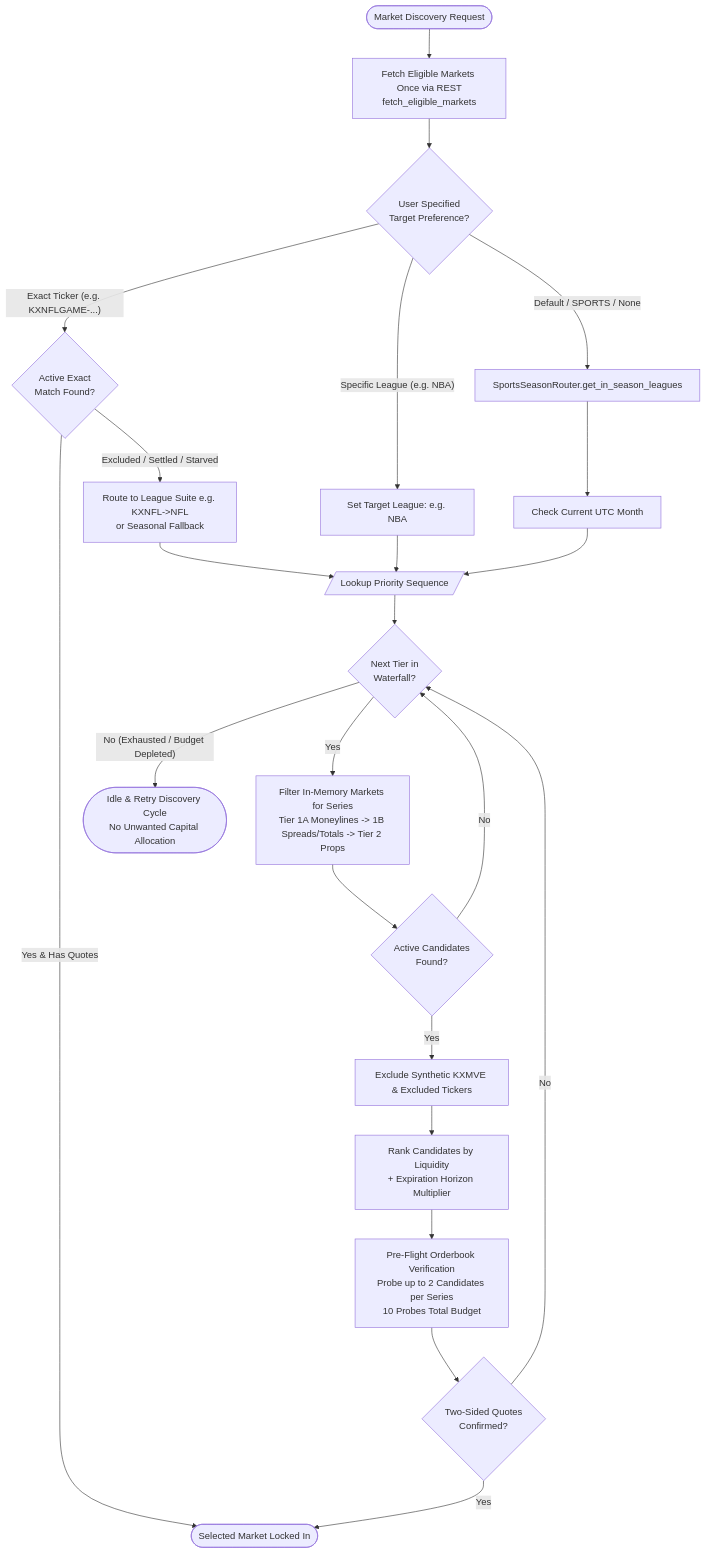
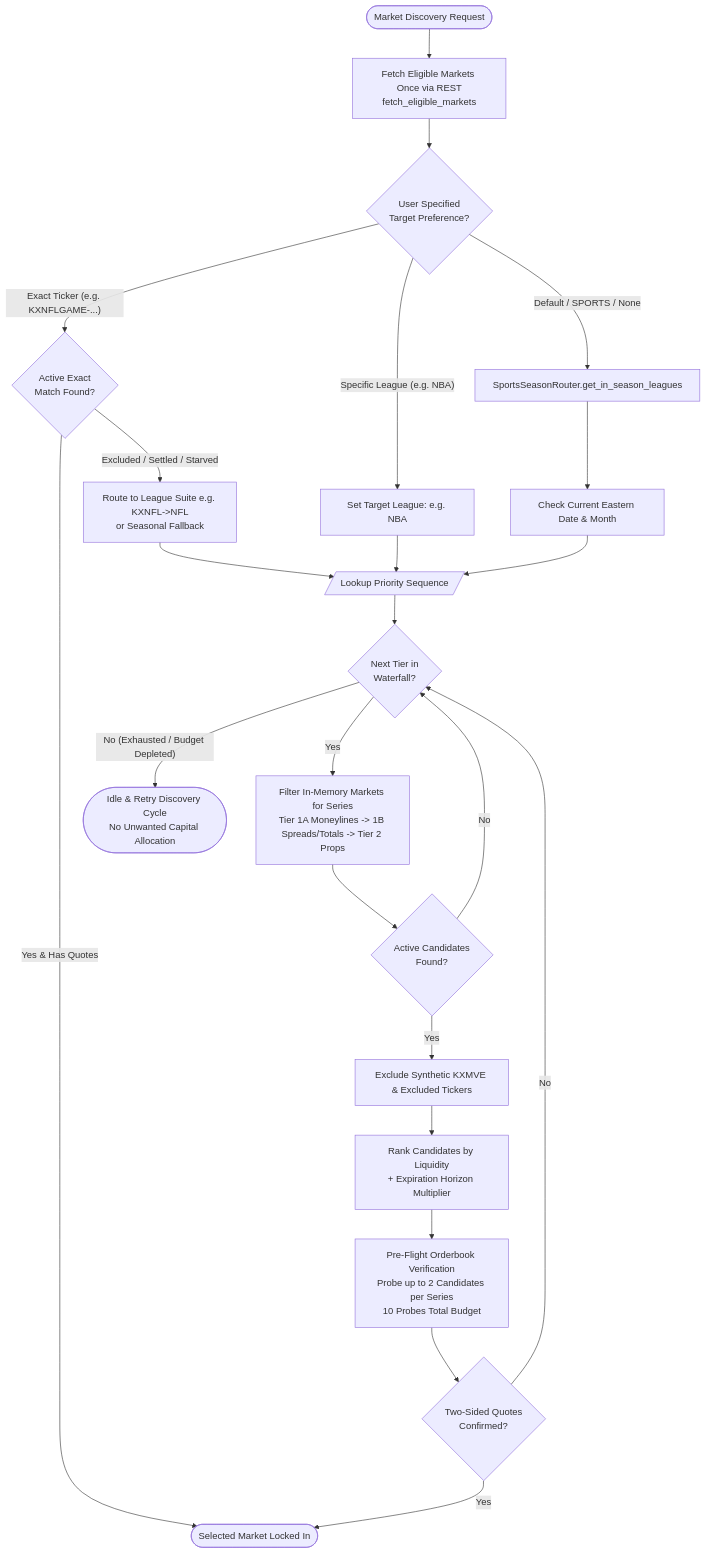
Before and after one commit to kel-reid/Kalshi-Trading-Bot: the diagram in docs/SPORTS_SEASON_ROUTER.md, drawn with Mermaid. The commit also changed other lines of this file and 2 other files, not shown here.

Commit message:
Update sports router docs, timezone handling, and tests

````diff
--- a/docs/SPORTS_SEASON_ROUTER.md
+++ b/docs/SPORTS_SEASON_ROUTER.md
@@ -68,33 +68,33 @@
 ```mermaid
 flowchart TD
     Start([Market Discovery Request]) --> FetchMarkets[Fetch Eligible Markets Once via REST<br>fetch_eligible_markets]
     FetchMarkets --> RouteCheck{User Specified<br>Target Preference?}
 
     RouteCheck -- "Exact Ticker (e.g. KXNFLGAME-...)" --> ExactCheck{Active Exact<br>Match Found?}
     ExactCheck -- "Yes & Has Quotes" --> SelectedMarket([Selected Market Locked In])
     ExactCheck -- "Excluded / Settled / Starved" --> DetectLeague[Route to League Suite e.g. KXNFL->NFL<br>or Seasonal Fallback]
 
     RouteCheck -- "Specific League (e.g. NBA)" --> ManualOverride[Set Target League: e.g. NBA]
     RouteCheck -- "Default / SPORTS / None" --> Router[SportsSeasonRouter.get_in_season_leagues]
 
     DetectLeague --> Matrix[/Lookup Priority Sequence/]
     ManualOverride --> Matrix
-    Router --> CheckDate[Check Current UTC Month]
+    Router --> CheckDate[Check Current Eastern Date & Month]
     CheckDate --> Matrix
 
     Matrix --> NextTier{Next Tier in<br>Waterfall?}
     NextTier -- Yes --> FilterSeries[Filter In-Memory Markets for Series<br>Tier 1A Moneylines -> 1B Spreads/Totals -> Tier 2 Props]
 
     FilterSeries --> HasCandidates{Active Candidates<br>Found?}
     HasCandidates -- No --> NextTier
 
     HasCandidates -- Yes --> ExcludeIneligible[Exclude Synthetic KXMVE & Excluded Tickers]
     ExcludeIneligible --> HorizonRank[Rank Candidates by Liquidity<br>+ Expiration Horizon Multiplier]
 
     HorizonRank --> PreFlight[Pre-Flight Orderbook Verification<br>Probe up to 2 Candidates per Series<br>10 Probes Total Budget]
 
     PreFlight --> HasTwoSidedQuotes{Two-Sided Quotes<br>Confirmed?}
     HasTwoSidedQuotes -- Yes --> SelectedMarket
     HasTwoSidedQuotes -- No --> NextTier
     NextTier -- No (Exhausted / Budget Depleted) --> IdleRetry([Idle & Retry Discovery Cycle<br>No Unwanted Capital Allocation])
 ```
````
